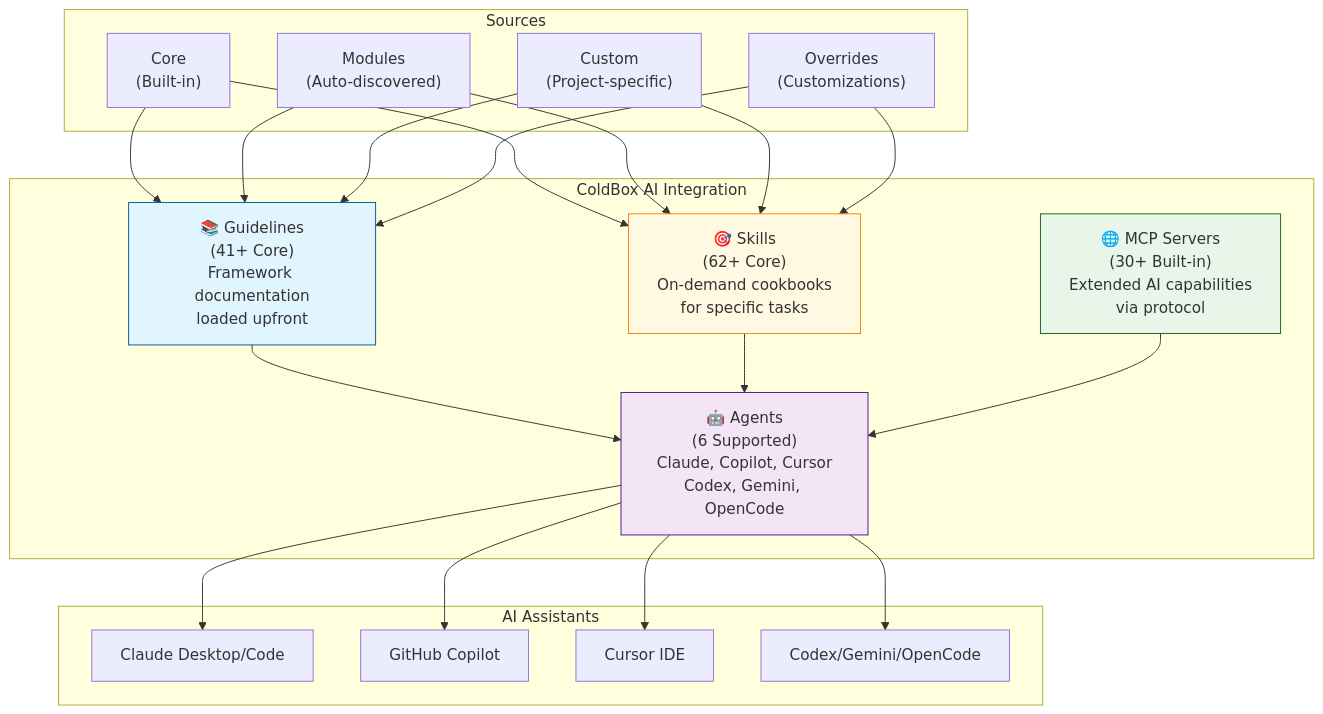
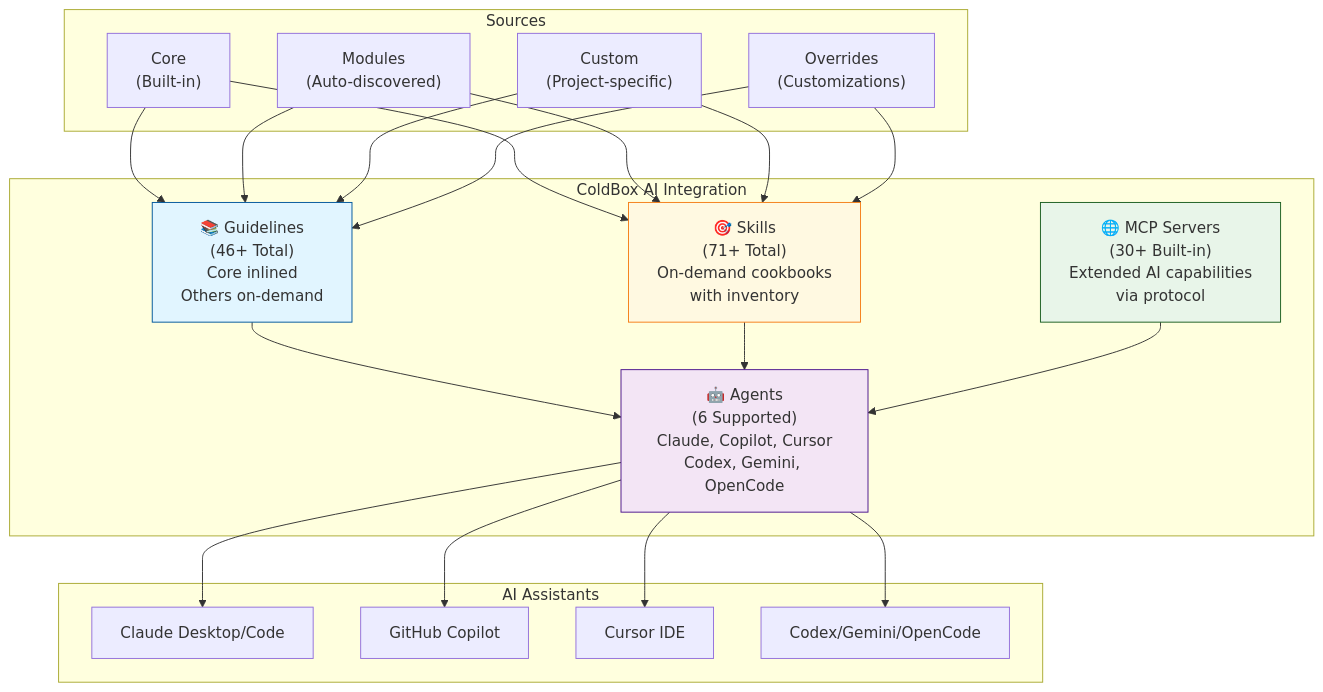
One commit to ortus-docs/coldbox-docs changed the first of 8 diagrams in digging-deeper/ai/agentic-coldbox.md. Above: the diagram before and after it, drawn with Mermaid. The commit also changed other lines of this file, not shown here.

````diff
--- a/digging-deeper/ai/agentic-coldbox.md
+++ b/digging-deeper/ai/agentic-coldbox.md
@@ -53,46 +55,46 @@
 ```mermaid
 graph TB
     subgraph "ColdBox AI Integration"
-        Guidelines["📚 Guidelines<br/>(41+ Core)<br/>Framework documentation<br/>loaded upfront"]
-        Skills["🎯 Skills<br/>(62+ Core)<br/>On-demand cookbooks<br/>for specific tasks"]
+        Guidelines["📚 Guidelines<br/>(46+ Total)<br/>Core inlined<br/>Others on-demand"]
+        Skills["🎯 Skills<br/>(71+ Total)<br/>On-demand cookbooks<br/>with inventory"]
         Agents["🤖 Agents<br/>(6 Supported)<br/>Claude, Copilot, Cursor<br/>Codex, Gemini, OpenCode"]
         MCP["🌐 MCP Servers<br/>(30+ Built-in)<br/>Extended AI capabilities<br/>via protocol"]
     end
-    
+
     subgraph "Sources"
         Core["Core<br/>(Built-in)"]
         Modules["Modules<br/>(Auto-discovered)"]
         Custom["Custom<br/>(Project-specific)"]
         Override["Overrides<br/>(Customizations)"]
     end
-    
+
     subgraph "AI Assistants"
         Claude["Claude Desktop/Code"]
         Copilot["GitHub Copilot"]
         Cursor["Cursor IDE"]
         Other["Codex/Gemini/OpenCode"]
     end
-    
+
     Core --> Guidelines
     Core --> Skills
     Modules --> Guidelines
     Modules --> Skills
     Custom --> Guidelines
     Custom --> Skills
     Override --> Guidelines
     Override --> Skills
-    
+
     Guidelines --> Agents
     Skills --> Agents
     MCP --> Agents
-    
+
     Agents --> Claude
     Agents --> Copilot
     Agents --> Cursor
     Agents --> Other
-    
+
     style Guidelines fill:#e1f5ff,stroke:#01579b
     style Skills fill:#fff9e1,stroke:#f57f17
     style Agents fill:#f3e5f5,stroke:#4a148c
     style MCP fill:#e8f5e9,stroke:#1b5e20
 ```
````
